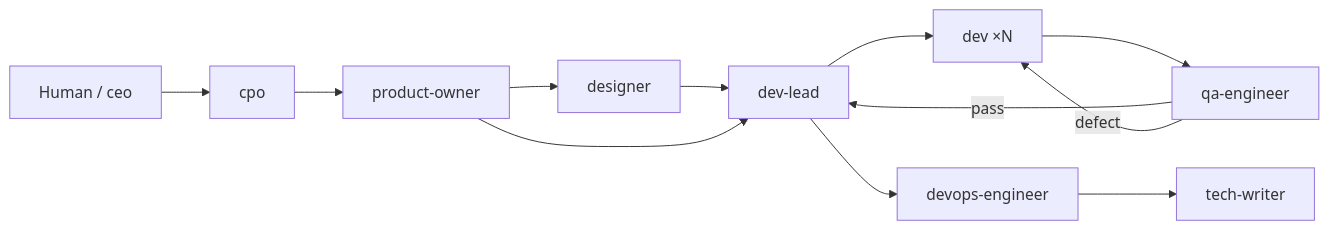
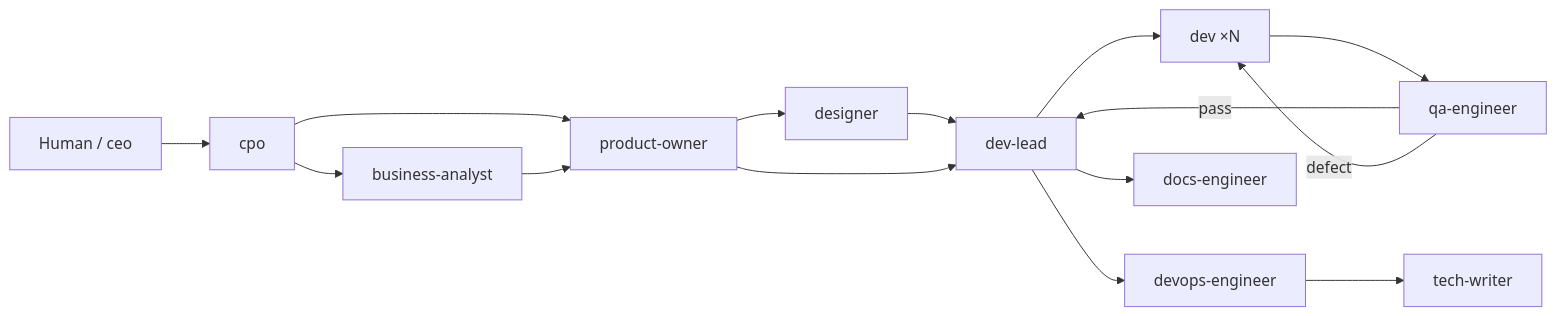
Before and after one commit to tselloss/AITeam: the diagram in README.md, drawn with Mermaid. The commit also changed other lines of this file and 25 other files, not shown here.

First line of the commit message:
Add business-analyst and docs-engineer roles; support multiple projects in the runner app

````diff
--- a/README.md
+++ b/README.md
@@ -38,14 +40,17 @@
 ```mermaid
 flowchart LR
     H[Human / ceo] --> CPO[cpo]
+    CPO --> BA[business-analyst]
     CPO --> PO[product-owner]
+    BA --> PO
     PO --> DES[designer]
     DES --> DL[dev-lead]
     PO --> DL
     DL --> DEV[dev ×N]
     DEV --> QA[qa-engineer]
     QA -->|pass| DL
     QA -->|defect| DEV
     DL --> OPS[devops-engineer]
+    DL --> DE[docs-engineer]
     OPS --> TW[tech-writer]
 ```
````
